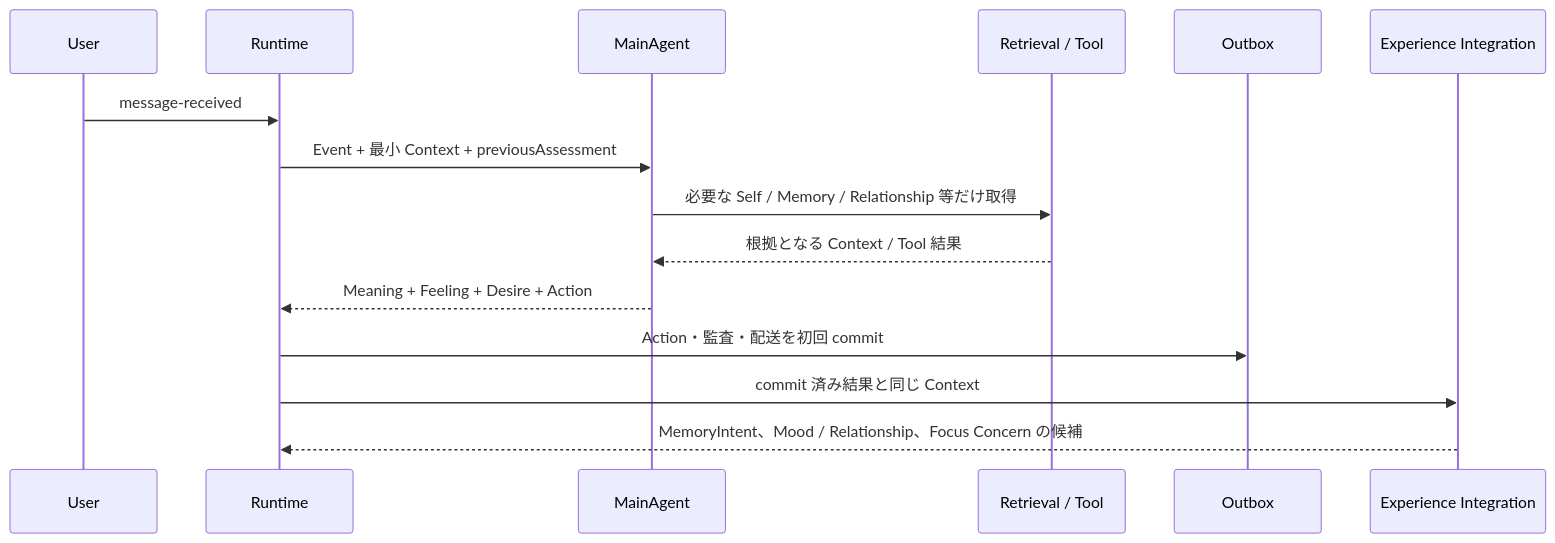
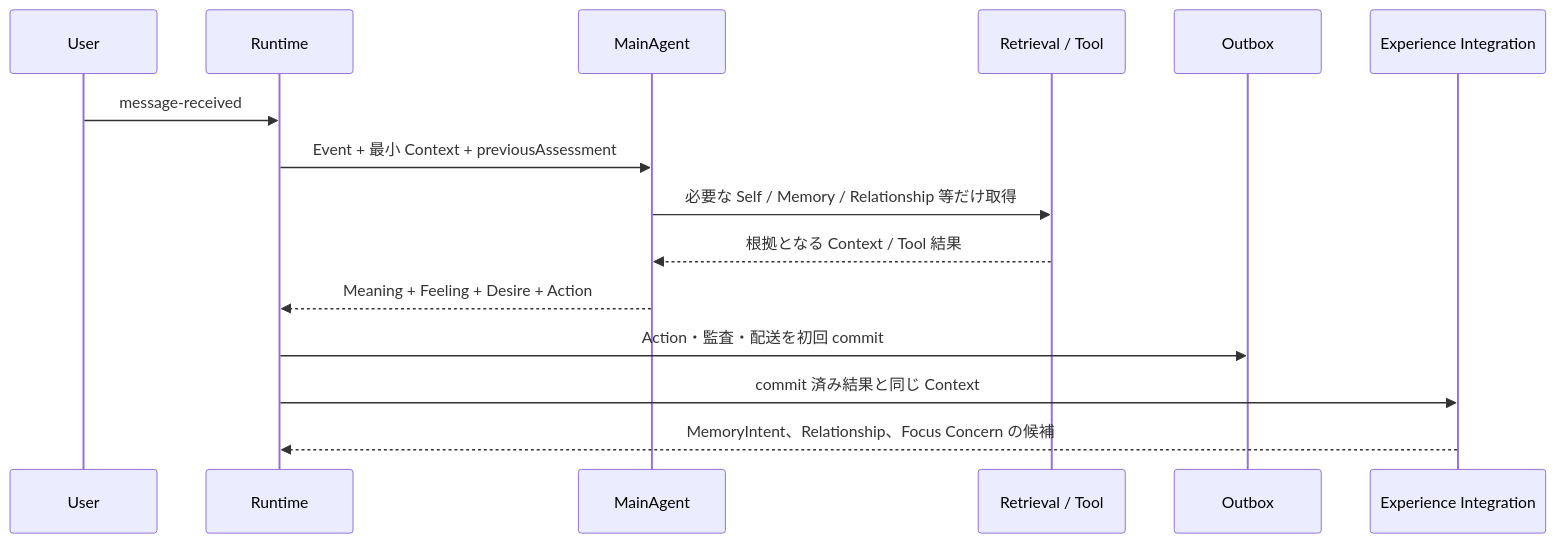
Before and after one commit to if001/social_agent: the fourth of 6 diagrams in docs/AGENT_EVENT_AND_EXPERIENCE_OVERVIEW.md, drawn with Mermaid. The commit also changed other lines of this file and 68 other files, not shown here.

````diff
--- a/docs/AGENT_EVENT_AND_EXPERIENCE_OVERVIEW.md
+++ b/docs/AGENT_EVENT_AND_EXPERIENCE_OVERVIEW.md
@@ -113,18 +113,18 @@
 ```mermaid
 sequenceDiagram
     participant U as User
     participant R as Runtime
     participant M as MainAgent
     participant T as Retrieval / Tool
     participant O as Outbox
     participant X as Experience Integration
 
     U->>R: message-received
     R->>M: Event + 最小 Context + previousAssessment
     M->>T: 必要な Self / Memory / Relationship 等だけ取得
     T-->>M: 根拠となる Context / Tool 結果
     M-->>R: Meaning + Feeling + Desire + Action
     R->>O: Action・監査・配送を初回 commit
     R->>X: commit 済み結果と同じ Context
-    X-->>R: MemoryIntent、Mood / Relationship、Focus Concern の候補
+    X-->>R: MemoryIntent、Relationship、Focus Concern の候補
 ```
````
